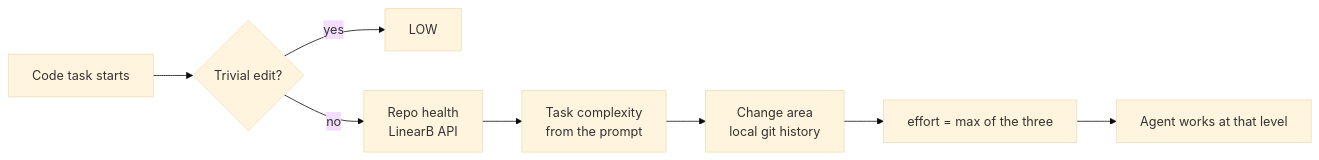
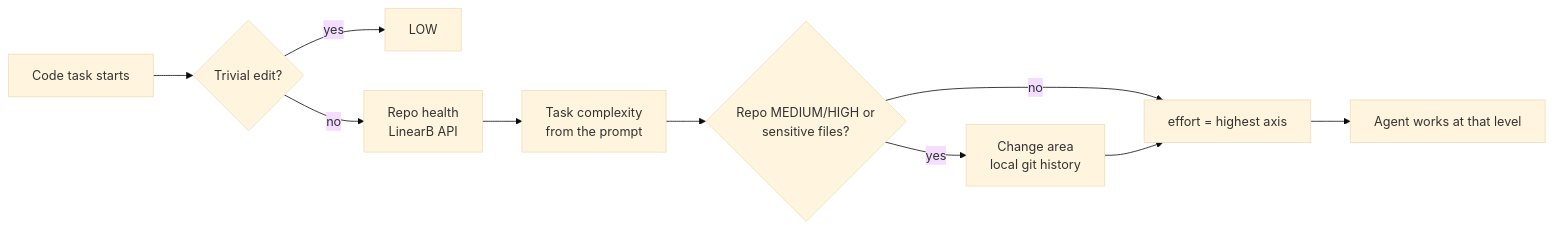
Before and after one commit to linear-b/agent-plugins: the diagram in README.md, drawn with Mermaid (base theme). The commit also changed other lines of this file, not shown here.

Commit message:
docs: change-area check is conditional (fragile repo or sensitive files)

````diff
--- a/README.md
+++ b/README.md
@@ -57,10 +57,12 @@
 ```mermaid
 flowchart LR
     A[Code task starts] --> B{Trivial edit?}
     B -- yes --> L[LOW]
     B -- no --> C[Repo health<br/>LinearB API]
     C --> D[Task complexity<br/>from the prompt]
-    D --> E[Change area<br/>local git history]
-    E --> F[effort = max of the three]
+    D --> H{Repo MEDIUM/HIGH or<br/>sensitive files?}
+    H -- yes --> E[Change area<br/>local git history]
+    H -- no --> F
+    E --> F[effort = highest axis]
     F --> G[Agent works at that level]
 ```
````
